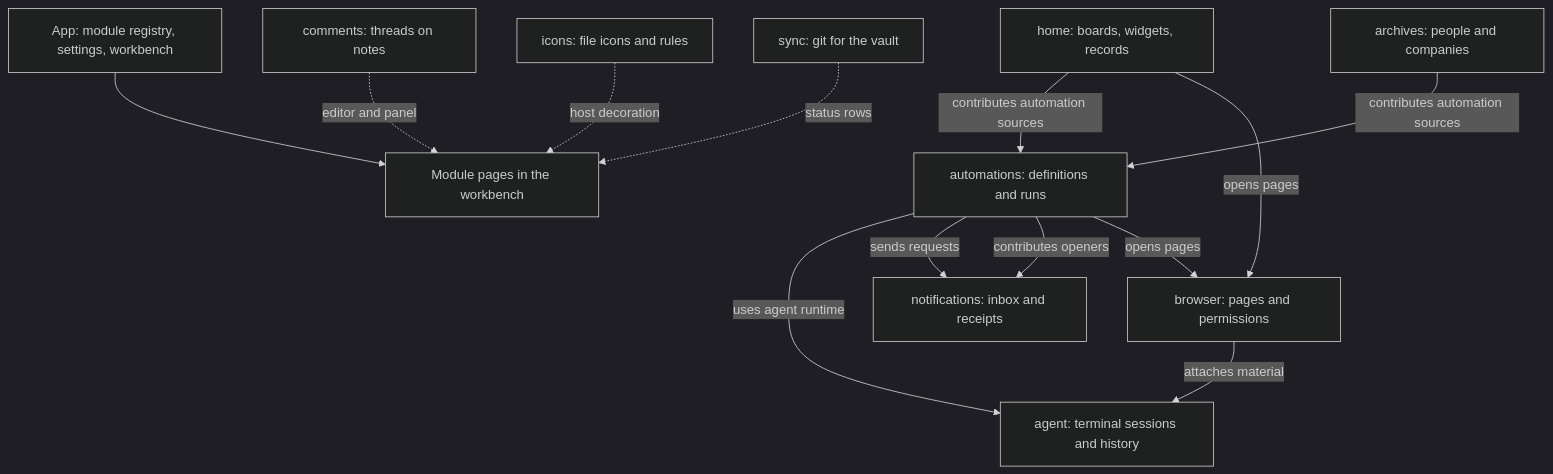
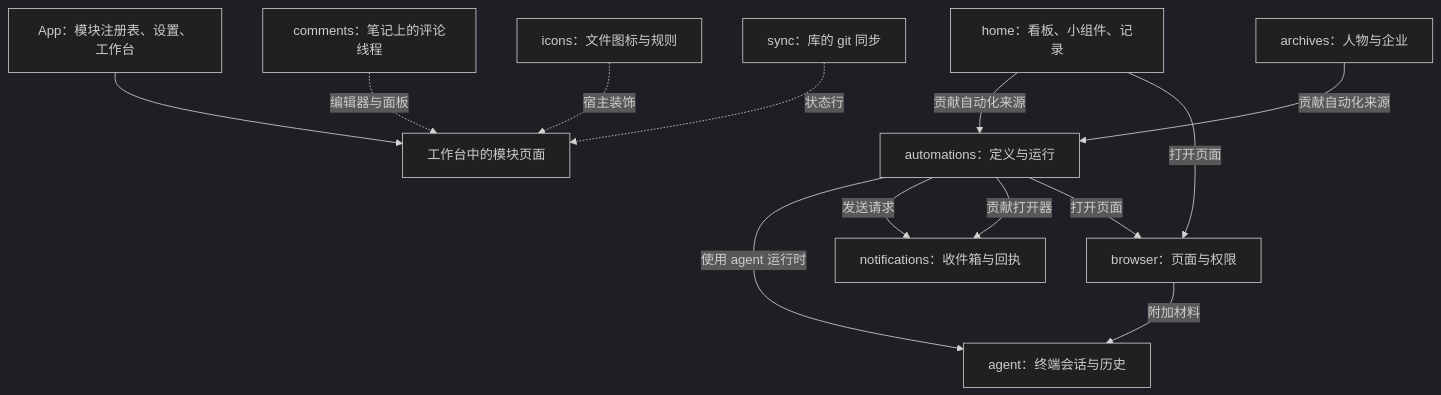
The diagram in speculo/.speculo/specdev/context/context-map.md (NAMEWTA/nand), drawn with Mermaid (dark theme) before and after one commit. The commit also changed other lines of this file and 327 other files, not shown here.

````diff
--- a/speculo/.speculo/specdev/context/context-map.md
+++ b/speculo/.speculo/specdev/context/context-map.md
@@ -7,15 +5,15 @@
 ```mermaid
 flowchart TB
-  Shell["App: module registry, settings, workbench"] --> Pages["Module pages in the workbench"]
-  Home["home: boards, widgets, records"] -- contributes automation sources --> Automations
-  Archives["archives: people and companies"] -- contributes automation sources --> Automations
-  Automations["automations: definitions and runs"] -- uses agent runtime --> Agent
-  Automations -- sends requests --> Notifications["notifications: inbox and receipts"]
-  Automations -- contributes openers --> Notifications
-  Browser["browser: pages and permissions"] -- attaches material --> Agent["agent: terminal sessions and history"]
-  Home -- opens pages --> Browser
-  Automations -- opens pages --> Browser
-  Comments["comments: threads on notes"] -. editor and panel .-> Pages
-  Icons["icons: file icons and rules"] -. host decoration .-> Pages
-  Sync["sync: git for the vault"] -. status rows .-> Pages
+  Shell["App：模块注册表、设置、工作台"] --> Pages["工作台中的模块页面"]
+  Home["home：看板、小组件、记录"] -- 贡献自动化来源 --> Automations
+  Archives["archives：人物与企业"] -- 贡献自动化来源 --> Automations
+  Automations["automations：定义与运行"] -- 使用 agent 运行时 --> Agent
+  Automations -- 发送请求 --> Notifications["notifications：收件箱与回执"]
+  Automations -- 贡献打开器 --> Notifications
+  Browser["browser：页面与权限"] -- 附加材料 --> Agent["agent：终端会话与历史"]
+  Home -- 打开页面 --> Browser
+  Automations -- 打开页面 --> Browser
+  Comments["comments：笔记上的评论线程"] -. 编辑器与面板 .-> Pages
+  Icons["icons：文件图标与规则"] -. 宿主装饰 .-> Pages
+  Sync["sync：库的 git 同步"] -. 状态行 .-> Pages
 ```
````
